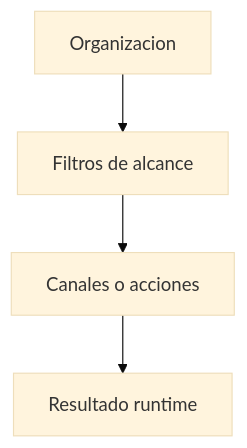
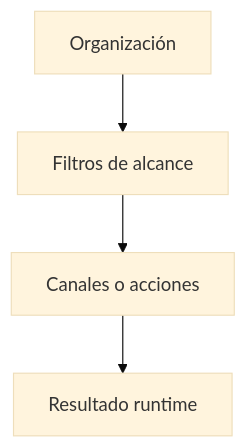
Before and after one commit to Moonin-Lab/Moonin-Docs: the first of 4 diagrams in src/content/docs/es/policies/index.md, drawn with Mermaid (base theme). The commit also changed other lines of this file and 84 other files, not shown here.

````diff
--- a/src/content/docs/es/policies/index.md
+++ b/src/content/docs/es/policies/index.md
@@ -21,9 +21,9 @@
 ```mermaid
 flowchart TD
-    O[Organizacion]
+    O[Organización]
     S[Filtros de alcance]
     C[Canales o acciones]
     R[Resultado runtime]
 
     O --> S --> C --> R
 ```
````
